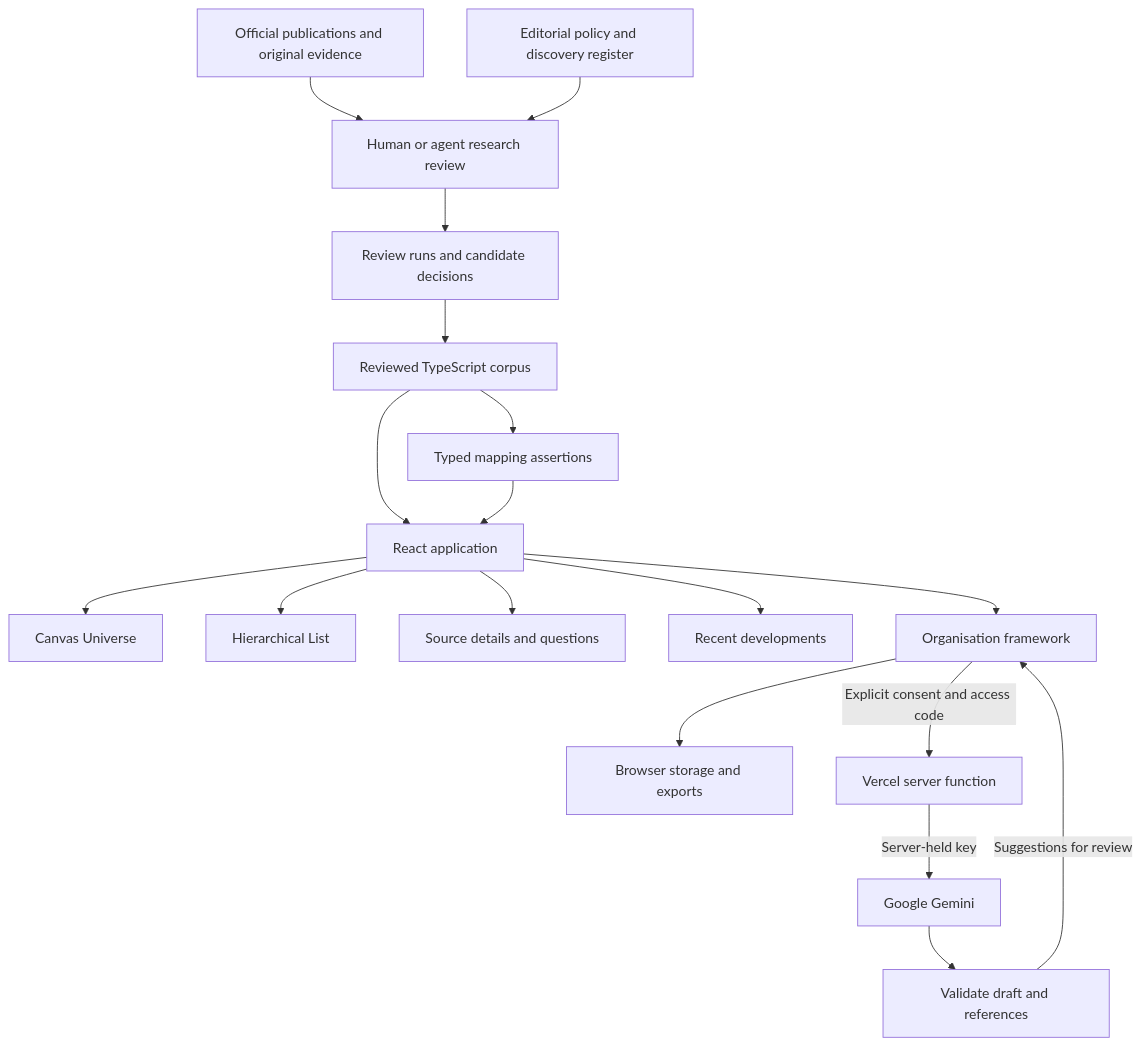
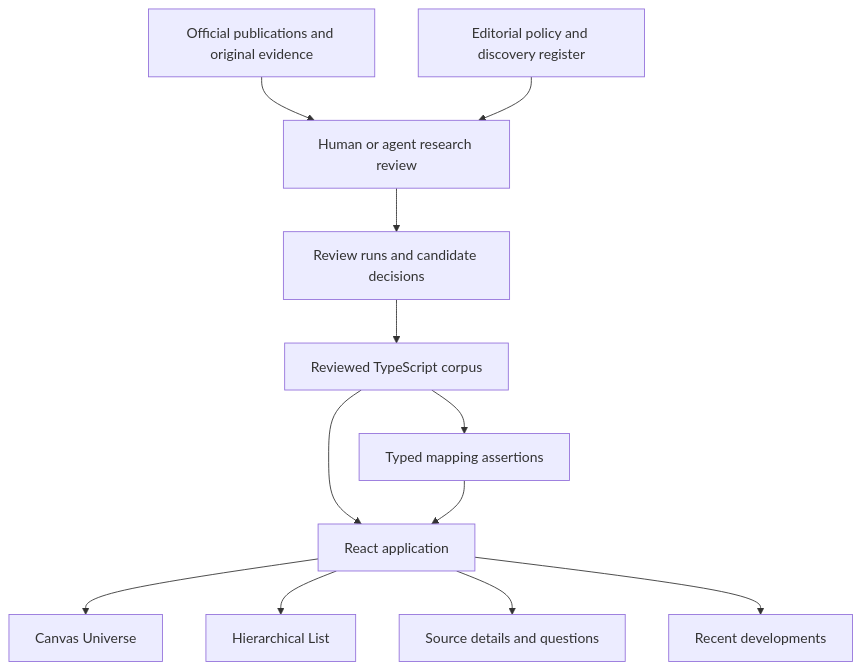
Before and after one commit to 9to5ai/ai-trust-atlas: the first of 4 diagrams in README.md, drawn with Mermaid. The commit also changed other lines of this file and 14 other files, not shown here.

Commit message:
Remove organisation framework builder and Gemini drafting

````diff
--- a/README.md
+++ b/README.md
@@ -44,20 +42,14 @@
 ```mermaid
 flowchart TD
   Official[Official publications and original evidence] --> Review[Human or agent research review]
   Policy[Editorial policy and discovery register] --> Review
   Review --> Ledger[Review runs and candidate decisions]
   Ledger --> Corpus[Reviewed TypeScript corpus]
   Corpus --> Assertions[Typed mapping assertions]
   Corpus --> UI[React application]
   Assertions --> UI
   UI --> Universe[Canvas Universe]
   UI --> List[Hierarchical List]
   UI --> Inspector[Source details and questions]
   UI --> News[Recent developments]
-  UI --> Workspace[Organisation framework]
-  Workspace --> Local[Browser storage and exports]
-  Workspace -->|Explicit consent and access code| API[Vercel server function]
-  API -->|Server-held key| Gemini[Google Gemini]
-  Gemini --> Validation[Validate draft and references]
-  Validation -->|Suggestions for review| Workspace
 ```
````
